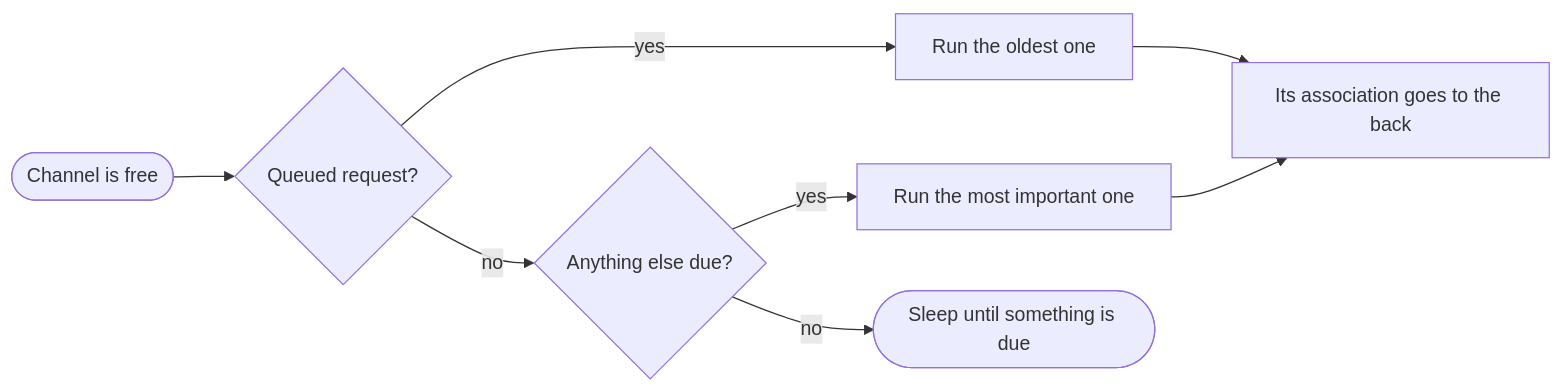
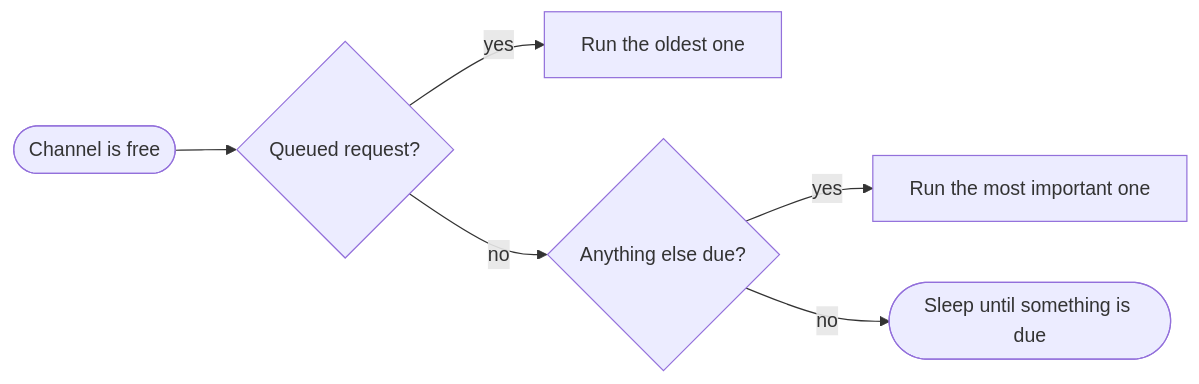
One commit to stepfunc/dnp3 changed the diagram in guide/docs/api/master/scheduling.mdx. Above: the diagram before and after it, drawn with Mermaid. The commit also changed 6 other files, not shown here.

````diff
--- a/guide/docs/api/master/scheduling.mdx
+++ b/guide/docs/api/master/scheduling.mdx
@@ -50,10 +50,8 @@
 ```mermaid
 flowchart LR
     free([Channel is free]) --> user{Queued request?}
     user -- yes --> runUser[Run the oldest one]
     user -- no --> auto{Anything else due?}
     auto -- yes --> runAuto[Run the most important one]
     auto -- no --> sleep([Sleep until something is due])
-    runUser --> back[Its association goes to the back]
-    runAuto --> back
 ```
````
